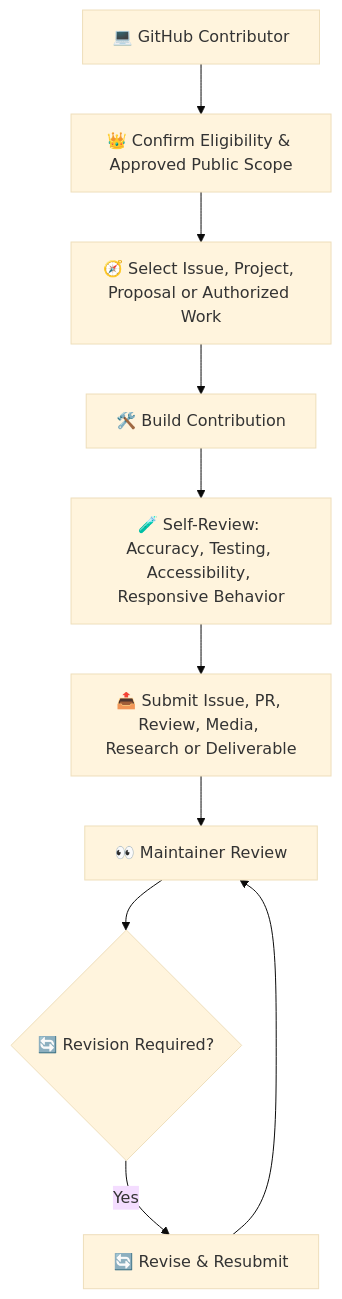
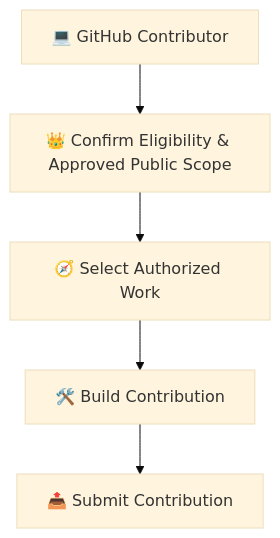
The first of 3 diagrams in Contributor-Benefits/GITHUB-CONTRIBUTORS.md (RIAHPathway/Website), drawn with Mermaid (base theme) before and after one commit. The commit also changed other lines of this file, not shown here.

Commit message:
Make granular Mermaid diagrams high-level and readable

````diff
--- a/Contributor-Benefits/GITHUB-CONTRIBUTORS.md
+++ b/Contributor-Benefits/GITHUB-CONTRIBUTORS.md
@@ -35,12 +35,7 @@
 ```mermaid
 flowchart TB
 A["💻 GitHub Contributor"] --> B["👑 Confirm Eligibility & Approved Public Scope"]
-B --> C["🧭 Select Issue, Project, Proposal or Authorized Work"]
+B --> C["🧭 Select Authorized Work"]
 C --> D["🛠️ Build Contribution"]
-D --> E["🧪 Self-Review: Accuracy, Testing, Accessibility, Responsive Behavior"]
-E --> F["📤 Submit Issue, PR, Review, Media, Research or Deliverable"]
-F --> G["👀 Maintainer Review"]
-G --> H{"🔄 Revision Required?"}
-H -- Yes --> I["🔄 Revise & Resubmit"]
-I --> G
+D --> E["📤 Submit Contribution"]
 ```
````
